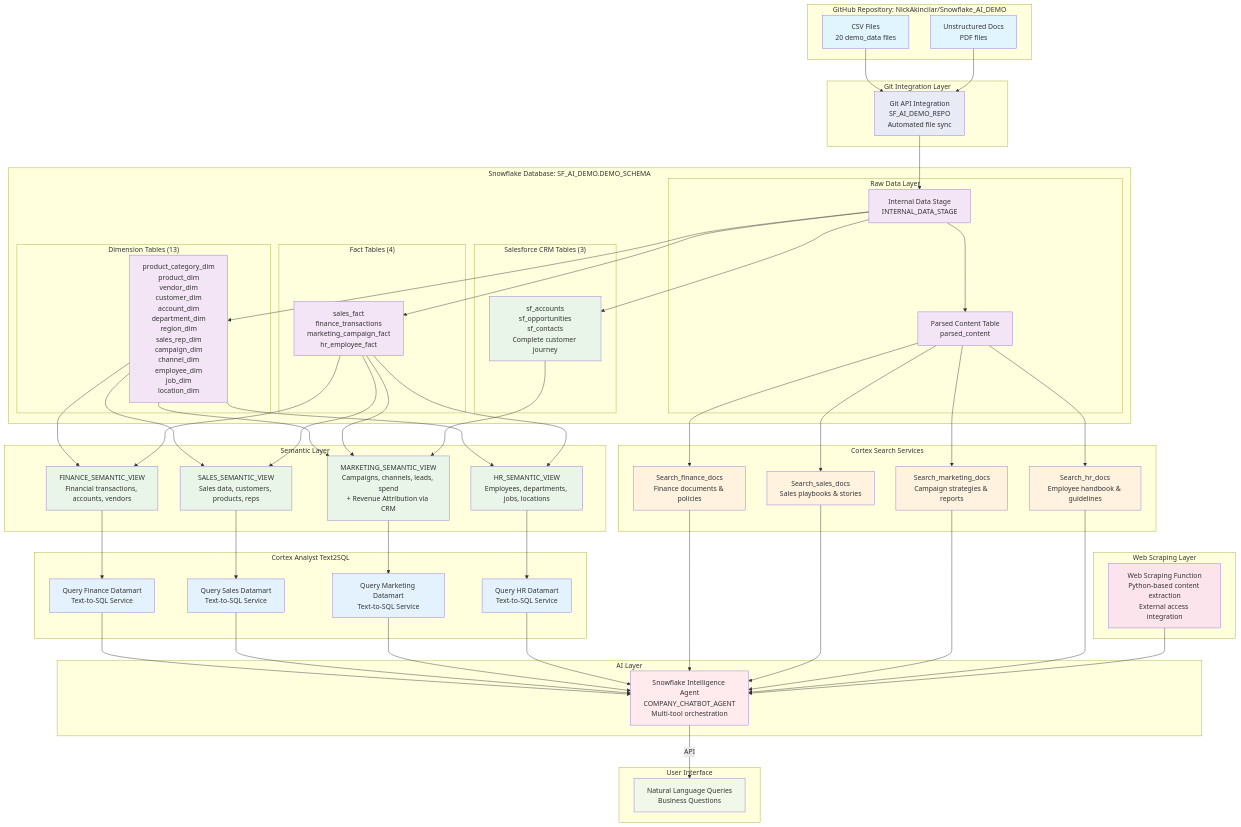
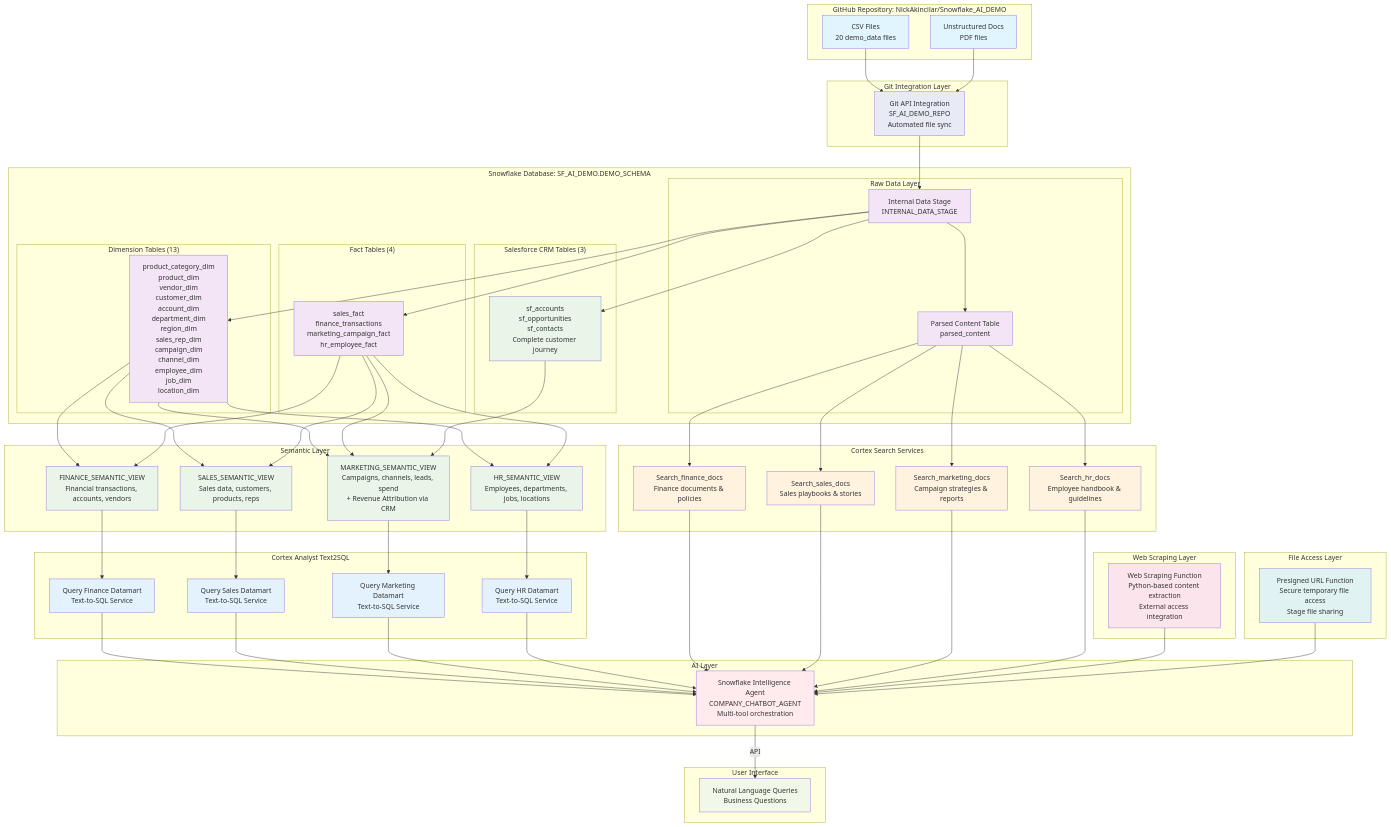
Before and after one commit to shabnam-b/Snowflake_AI_DEMO: the diagram in README.md, drawn with Mermaid. The commit also changed other lines of this file and 1 other file, not shown here.

````diff
--- a/README.md
+++ b/README.md
@@ -131,6 +100,10 @@
         WS[Web Scraping Function<br/>Python-based content extraction<br/>External access integration]
     end
 
+    subgraph "File Access Layer"
+        FA[Presigned URL Function<br/>Secure temporary file access<br/>Stage file sharing]
+    end
+
     subgraph "AI Layer"
         P[Snowflake Intelligence Agent<br/>COMPANY_CHATBOT_AGENT<br/>Multi-tool orchestration]
     end
@@ -181,6 +154,7 @@
     N --> P
     O --> P
     WS --> P
+    FA --> P
     
     %% User Access via API
     P -->|API| Q
@@ -194,6 +168,7 @@
     classDef analyst fill:#e3f2fd
     classDef search fill:#fff3e0
     classDef webscrape fill:#fce4ec
+    classDef fileaccess fill:#e0f2f1
     classDef agent fill:#ffebee
     classDef user fill:#f1f8e9
     
@@ -205,6 +180,7 @@
     class S,T,U,V analyst
     class L,M,N,O search
     class WS webscrape
+    class FA fileaccess
     class P agent
     class Q user
 ```
````
